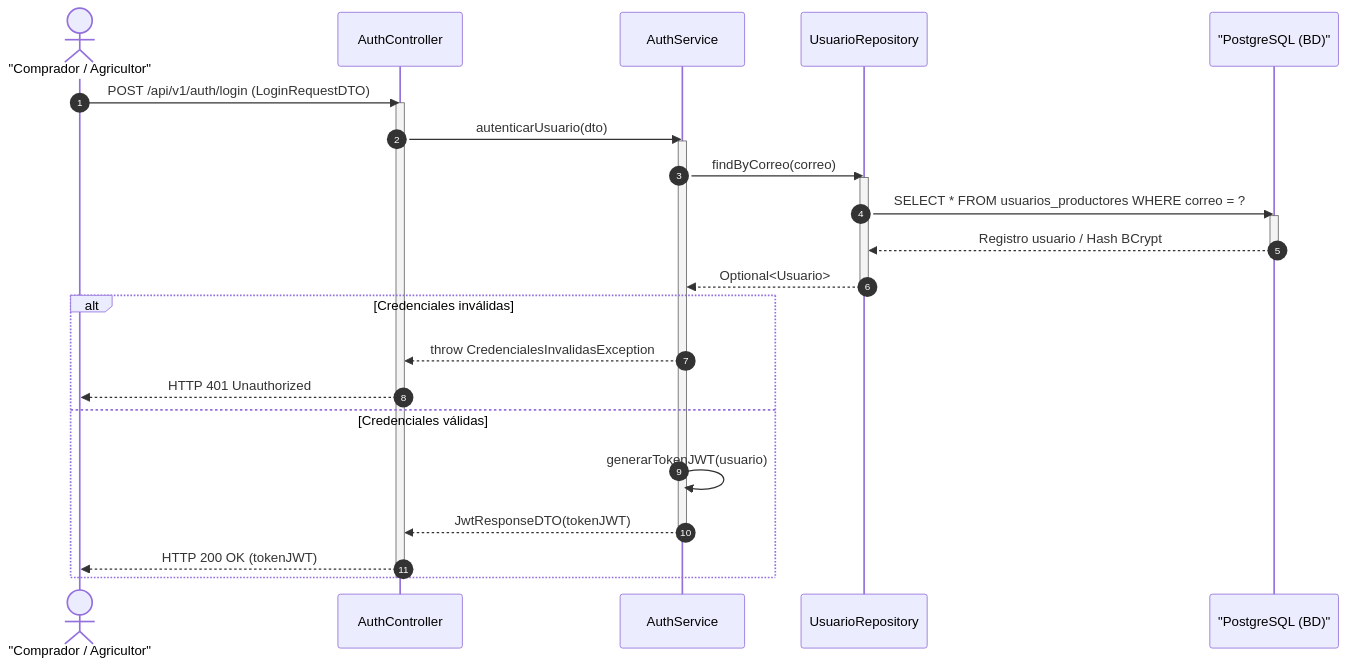
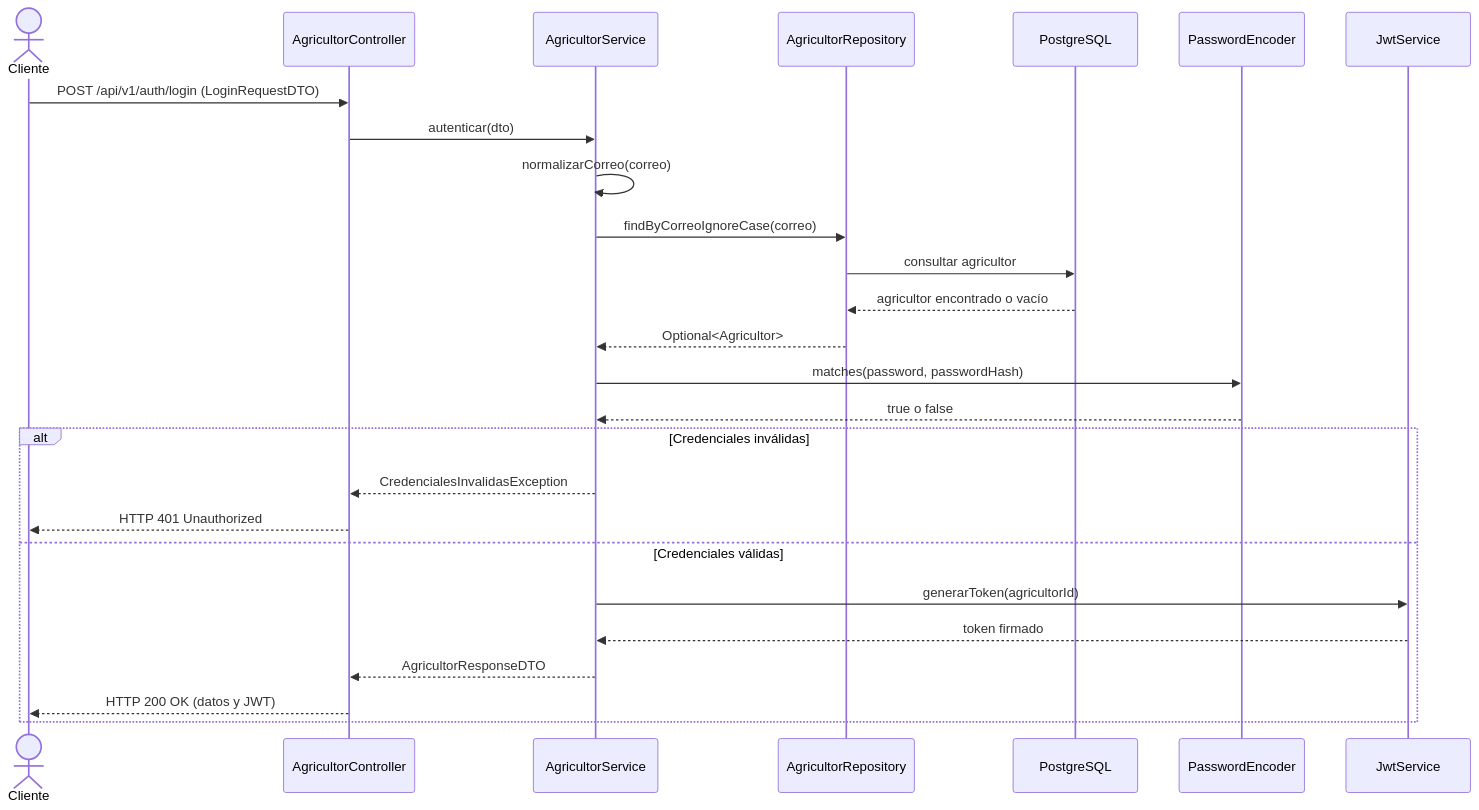
The first of 7 diagrams in docs/diseno/architecture/diagramas-uml.md (DilanStiven/Ingenieria-de-software), drawn with Mermaid before and after one commit. The commit also changed other lines of this file and 10 other files, not shown here.

Commit message:
Refactor payment flow and complete delivery documentation

````diff
--- a/docs/diseno/architecture/diagramas-uml.md
+++ b/docs/diseno/architecture/diagramas-uml.md
@@ -30,31 +22,29 @@
 ```mermaid
 sequenceDiagram
- autonumber
- actor Cliente as "Comprador / Agricultor"
- participant Controller as AuthController
- participant Service as AuthService
- participant Repo as UsuarioRepository
- participant DB as "PostgreSQL (BD)"
- Cliente->>Controller: POST /api/v1/auth/login (LoginRequestDTO)
- activate Controller
- Controller->>Service: autenticarUsuario(dto)
- activate Service
- Service->>Repo: findByCorreo(correo)
- activate Repo
- Repo->>DB: SELECT * FROM usuarios_productores WHERE correo = ?
- activate DB
- DB-->>Repo: Registro usuario / Hash BCrypt
- deactivate DB
- Repo-->>Service: Optional<Usuario>
- deactivate Repo
- alt Credenciales inválidas
- Service-->>Controller: throw CredencialesInvalidasException
- Controller-->>Cliente: HTTP 401 Unauthorized
- else Credenciales válidas
- Service->>Service: generarTokenJWT(usuario)
- Service-->>Controller: JwtResponseDTO(tokenJWT)
- deactivate Service
- Controller-->>Cliente: HTTP 200 OK (tokenJWT)
- end
- deactivate Controller
+    actor Cliente
+    participant API as AgricultorController
+    participant Servicio as AgricultorService
+    participant Repo as AgricultorRepository
+    participant DB as PostgreSQL
+    participant BCrypt as PasswordEncoder
+    participant JWT as JwtService
+
+    Cliente->>API: POST /api/v1/auth/login (LoginRequestDTO)
+    API->>Servicio: autenticar(dto)
+    Servicio->>Servicio: normalizarCorreo(correo)
+    Servicio->>Repo: findByCorreoIgnoreCase(correo)
+    Repo->>DB: consultar agricultor
+    DB-->>Repo: agricultor encontrado o vacío
+    Repo-->>Servicio: Optional<Agricultor>
+    Servicio->>BCrypt: matches(password, passwordHash)
+    BCrypt-->>Servicio: true o false
+    alt Credenciales inválidas
+        Servicio-->>API: CredencialesInvalidasException
+        API-->>Cliente: HTTP 401 Unauthorized
+    else Credenciales válidas
+        Servicio->>JWT: generarToken(agricultorId)
+        JWT-->>Servicio: token firmado
+        Servicio-->>API: AgricultorResponseDTO
+        API-->>Cliente: HTTP 200 OK (datos y JWT)
+    end
 ```
````
